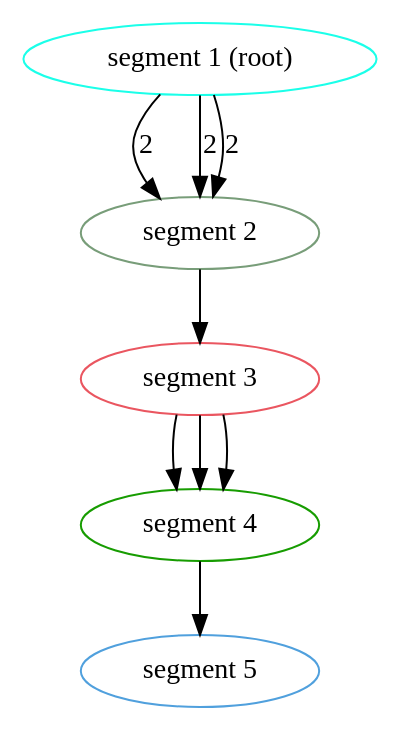
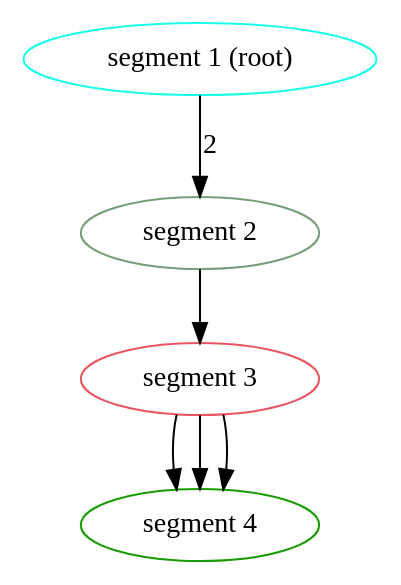
One commit to anoop-rehman/utmist-virtual-creatures-II-copy changed the diagram in Assets/Scripts/GraphVisualization/TestGraph3.dot. Above: the diagram before and after it, drawn with Graphviz. The commit also changed 2 other files, not shown here.

```diff
--- a/Assets/Scripts/GraphVisualization/TestGraph3.dot
+++ b/Assets/Scripts/GraphVisualization/TestGraph3.dot
@@ -1,1 +1,1 @@
-digraph g {1 [label="segment 1 (root)", color="#1BFFE9"]; 2 [label="segment 2", color ="#789D79"]; 3 [label="segment 3", color ="#EA5660"]; 4 [label="segment 4", color ="#179C01"]; 5 [label="segment 5", color ="#50A0DD"]; 1 -> 2 [label="2"]; 1 -> 2 [label="2"]; 1 -> 2 [label="2"]; 2 -> 3; 3 -> 4; 3 -> 4; 3 -> 4; 4 -> 5; }
+digraph g {1 [label="segment 1 (root)", color="#1BFFE9"]; 2 [label="segment 2", color ="#789D79"]; 3 [label="segment 3", color ="#EA5660"]; 4 [label="segment 4", color ="#179C01"]; 1 -> 2 [label="2"]; 2 -> 3; 3 -> 4; 3 -> 4; 3 -> 4; }
```
